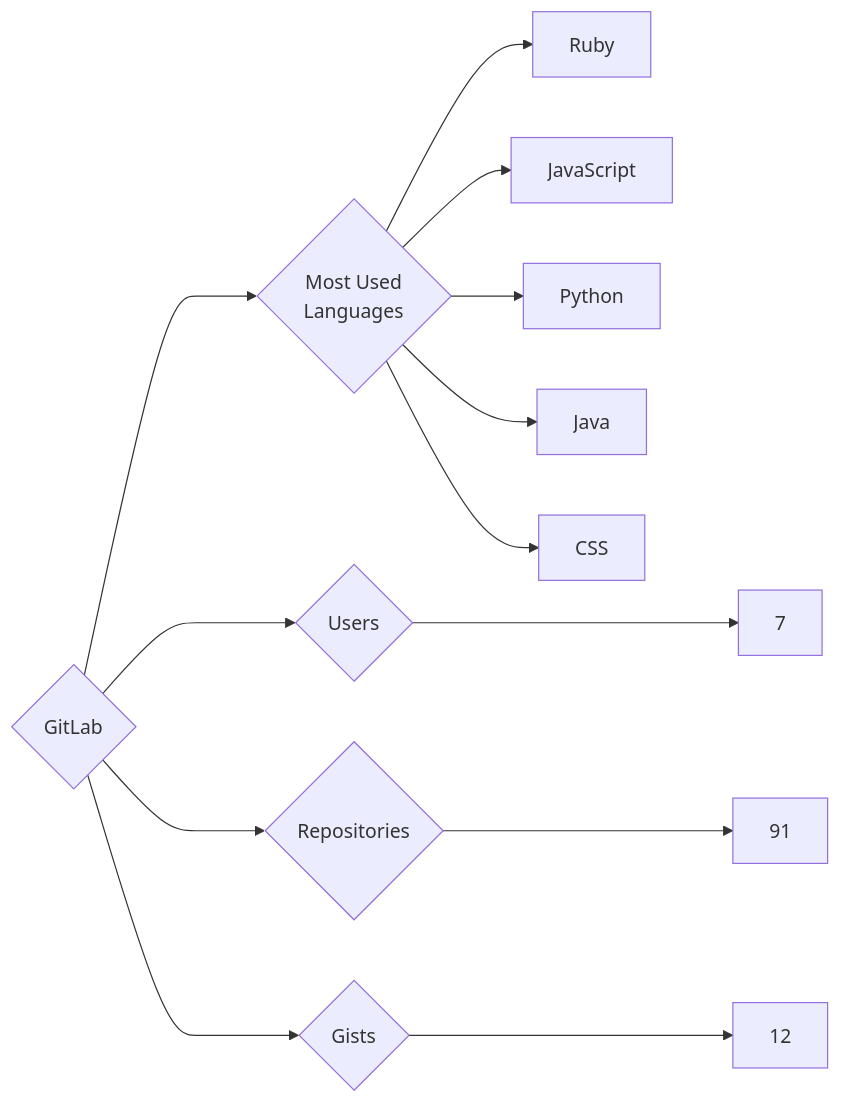
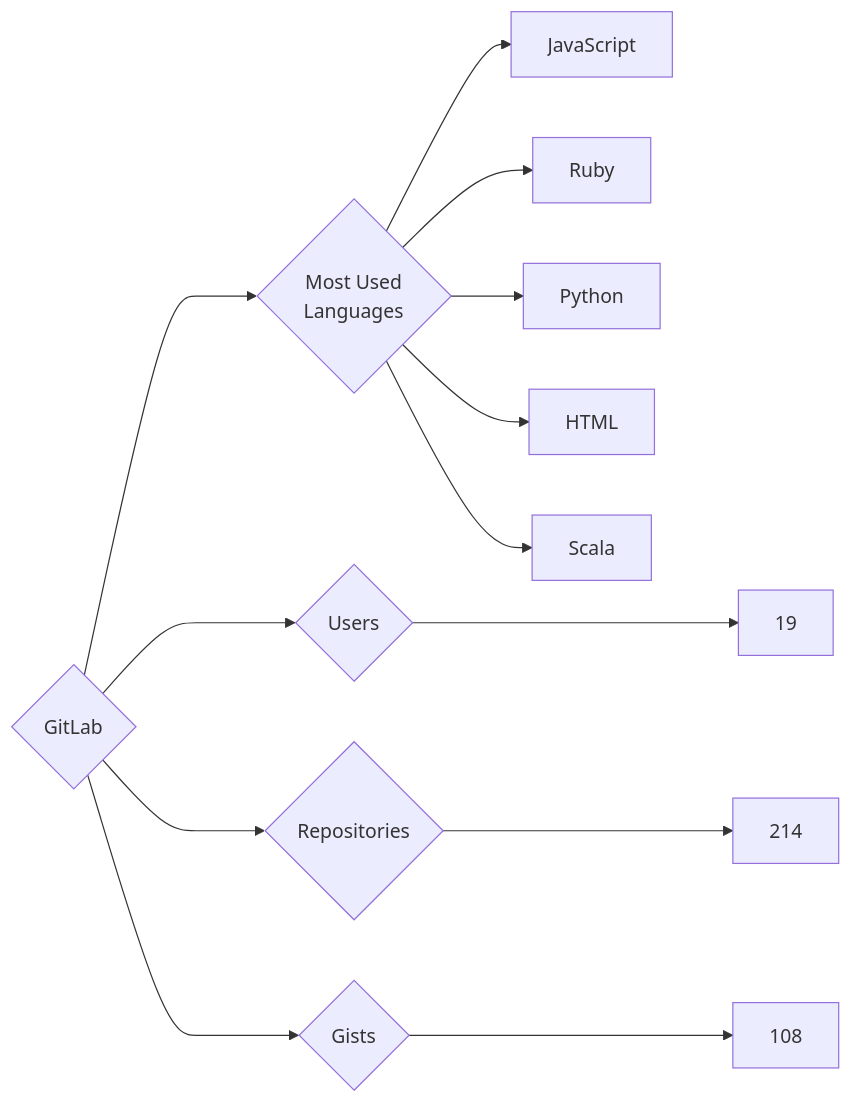
Before and after one commit to trickest/insiders: the diagram in targets/GitLab/README.md, drawn with Mermaid. The commit also changed 930 other files, not shown here.

````diff
--- a/targets/GitLab/README.md
+++ b/targets/GitLab/README.md
@@ -3,13 +3,13 @@
 ```mermaid
 graph LR
 COMPANY_NAME{GitLab}
-COMPANY_NAME ---> U{Users} ---> UN[7]
-COMPANY_NAME ---> R{Repositories} ---> RN[91]
-COMPANY_NAME ---> G{Gists} ---> GN[12]
+COMPANY_NAME ---> U{Users} ---> UN[19]
+COMPANY_NAME ---> R{Repositories} ---> RN[214]
+COMPANY_NAME ---> G{Gists} ---> GN[108]
 COMPANY_NAME ---> ML{Most Used<br>Languages}
+ML --> JavaScript[JavaScript]
 ML --> Ruby[Ruby]
-ML --> JavaScript[JavaScript]
 ML --> Python[Python]
-ML --> Java[Java]
-ML --> CSS[CSS]
+ML --> HTML[HTML]
+ML --> Scala[Scala]
 ```
````
